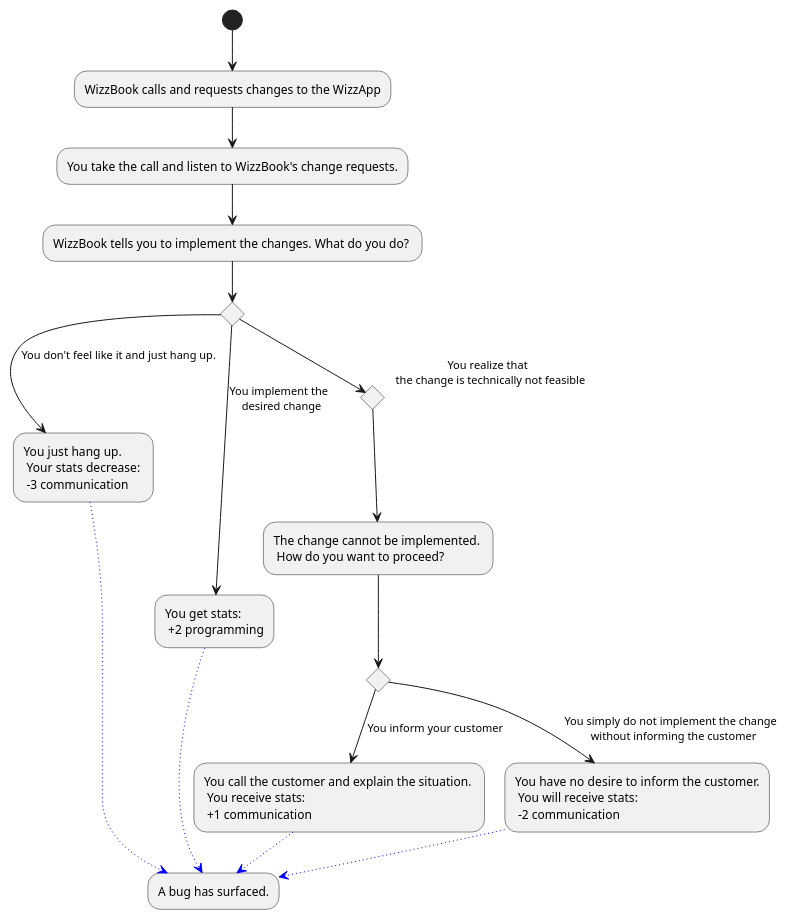
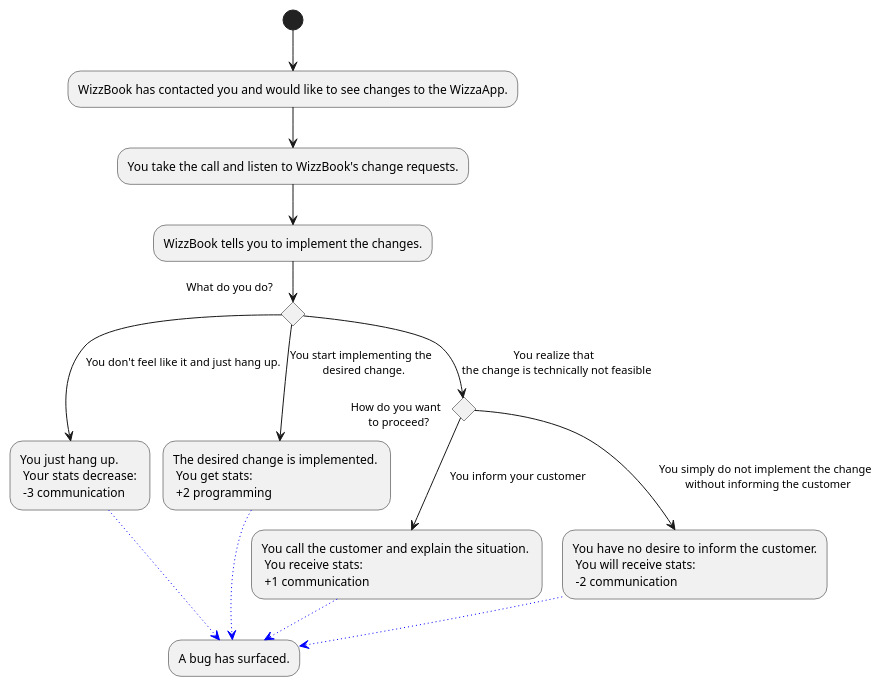
One commit to Brotenko/QualityQuest changed the diagram in Docs/Technical Specifications/docs/diagrams/StoryFlow/StoryFlow_Decision_10.puml. Above: the diagram before and after it, drawn with PlantUML. The commit also changed 14 other files, not shown here.

```diff
--- a/Docs/Technical Specifications/docs/diagrams/StoryFlow/StoryFlow_Decision_10.puml
+++ b/Docs/Technical Specifications/docs/diagrams/StoryFlow/StoryFlow_Decision_10.puml
@@ -1,21 +1,20 @@
 @startuml
 'Note: the project is not final, just a filler at the moment
-(*) --> "WizzBook calls and requests changes to the WizzApp" as app
+(*) --> "WizzBook has contacted you and would like to see changes to the WizzaApp."
 --> "You take the call and listen to WizzBook's change requests."
---> "WizzBook tells you to implement the changes. What do you do? "
-if "" then 
+--> "WizzBook tells you to implement the changes."
+if " What do you do?" then 
 --> [You don't feel like it and just hang up.] "You just hang up.\n Your stats decrease: \n -3 communication" as a1
 else 
---> [You implement the \n desired change] "You get stats: \n +2 programming" as a2
+--> [You start implementing the \n desired change.] "The desired change is implemented. \n You get stats: \n +2 programming" as a2
 else
-if "You realize that \n the change is technically not feasible"
---> "The change cannot be implemented. \n How do you want to proceed?"
-if "" then 
+
+--> [You realize that \n the change is technically not feasible] if "How do you want \n to proceed?" then 
 --> [You inform your customer] "You call the customer and explain the situation. \n You receive stats: \n +1 communication" as b1
 else 
 --> [You simply do not implement the change \n without informing the customer] "You have no desire to inform the customer.\n You will receive stats: \n -2 communication"
 -[#blue,dotted]-> "A bug has surfaced." as bug 
 a1 -[#blue,dotted]-> bug
 a2 -[#blue,dotted]-> bug
 b1 -[#blue,dotted]-> bug
 @enduml
```
